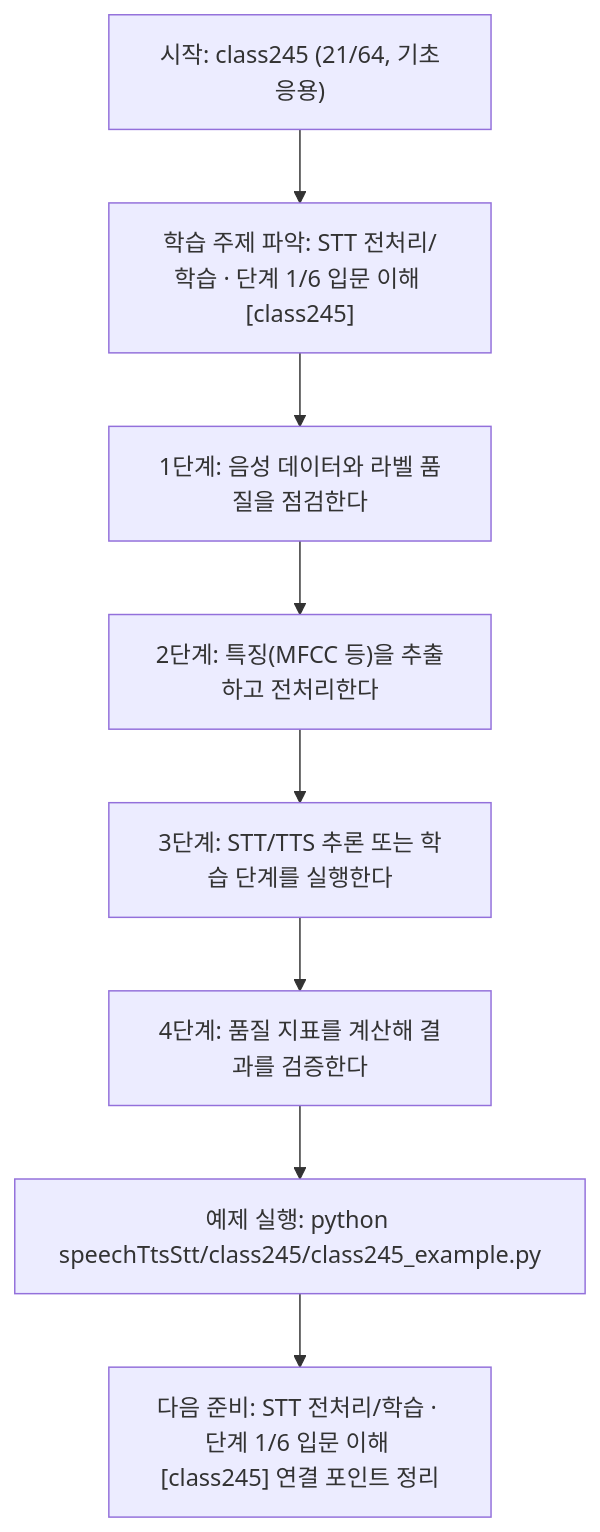
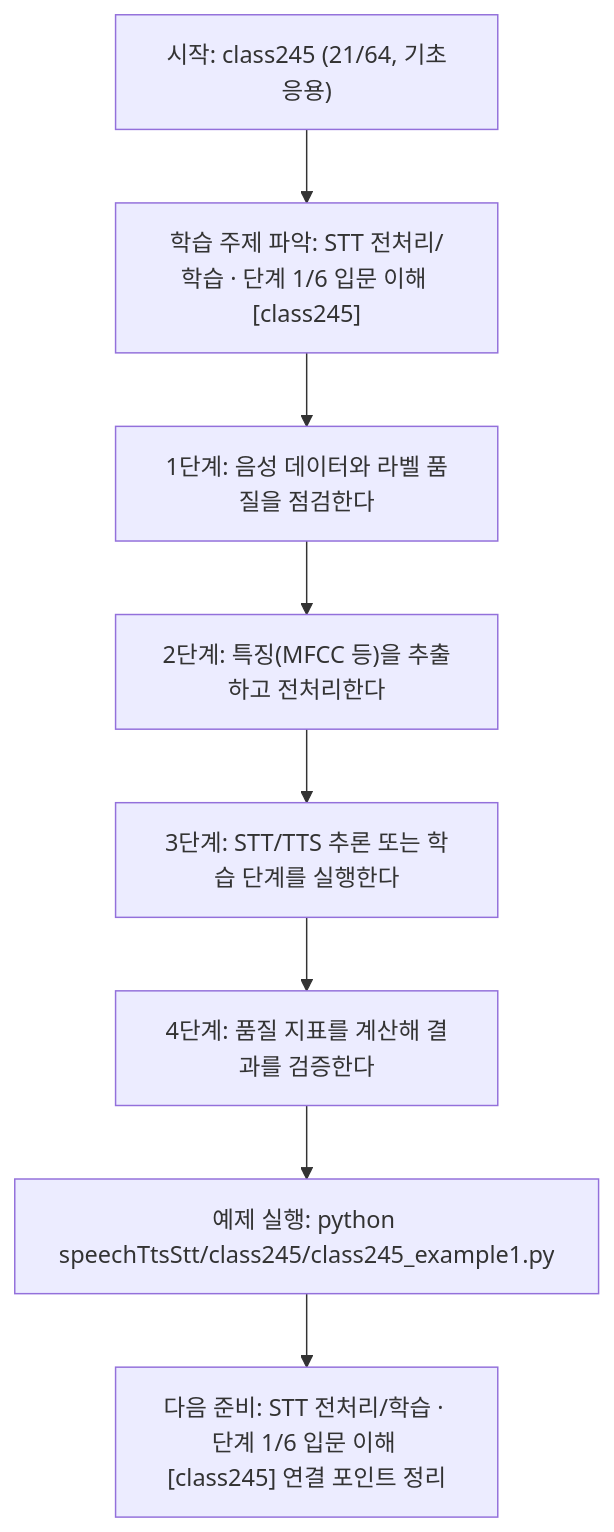
The diagram in speechTtsStt/class245/class245.md (edumgt/Python-AI_Agent-Class), drawn with Mermaid before and after one commit. The commit also changed other lines of this file and 2959 other files, not shown here.

````diff
--- a/speechTtsStt/class245/class245.md
+++ b/speechTtsStt/class245/class245.md
@@ -114,18 +114,18 @@
 ```mermaid
 flowchart TD
 N1["시작: class245 (21/64, 기초응용)"]
 N2["학습 주제 파악: STT 전처리/학습 · 단계 1/6 입문 이해 [class245]"]
 N3["1단계: 음성 데이터와 라벨 품질을 점검한다"]
 N4["2단계: 특징(MFCC 등)을 추출하고 전처리한다"]
 N5["3단계: STT/TTS 추론 또는 학습 단계를 실행한다"]
 N6["4단계: 품질 지표를 계산해 결과를 검증한다"]
-N7["예제 실행: python speechTtsStt/class245/class245_example.py"]
+N7["예제 실행: python speechTtsStt/class245/class245_example1.py"]
 N8["다음 준비: STT 전처리/학습 · 단계 1/6 입문 이해 [class245] 연결 포인트 정리"]
 N1 --> N2
 N2 --> N3
 N3 --> N4
 N4 --> N5
 N5 --> N6
 N6 --> N7
 N7 --> N8
 ```
````
